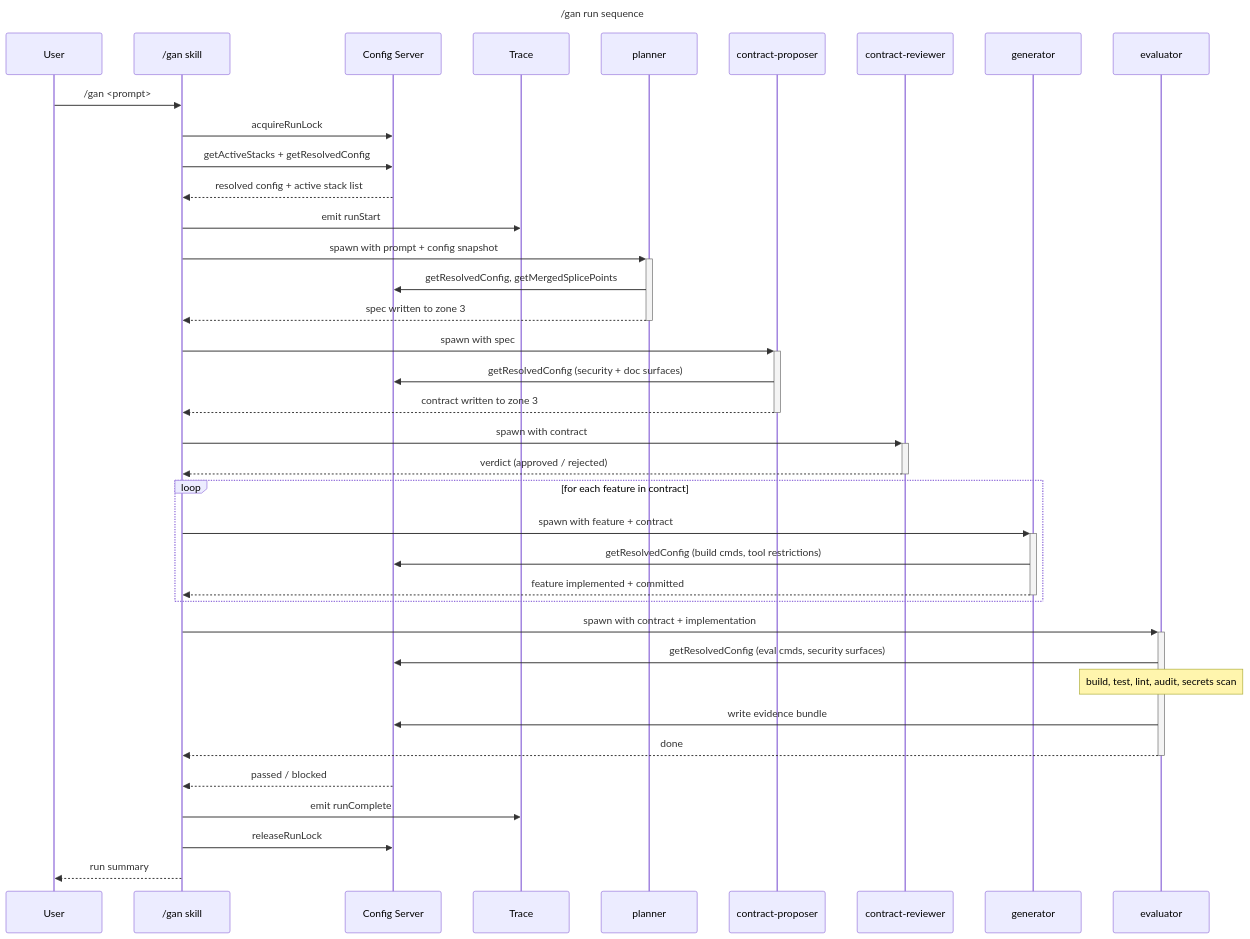
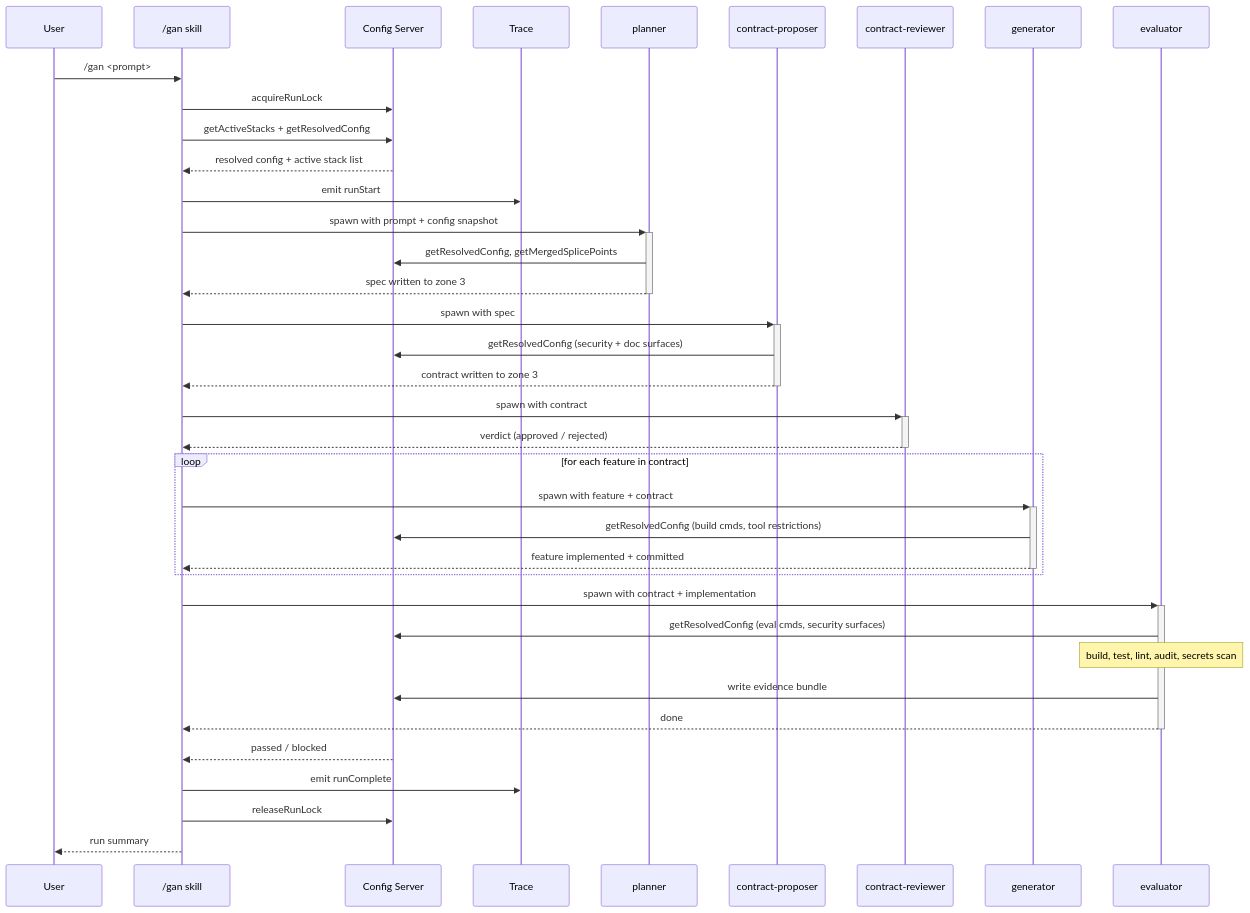
Before and after one commit to Thomas-AppForceOne/ClaudeAgents: the second of 5 diagrams in documentation/subsystem-architecture.md, drawn with Mermaid. The commit also changed other lines of this file, not shown here.

Commit message:
docs: remove all in-diagram titles

````diff
--- a/documentation/subsystem-architecture.md
+++ b/documentation/subsystem-architecture.md
@@ -70,49 +66,46 @@
 ```mermaid
----
-title: /gan run sequence
----
 sequenceDiagram
     participant U as User
     participant SK as /gan skill
     participant CS as Config Server
     participant TR as Trace
     participant PL as planner
     participant CP as contract-proposer
     participant CR as contract-reviewer
     participant GN as generator
     participant EV as evaluator
 
     U->>SK: /gan <prompt>
     SK->>CS: acquireRunLock
     SK->>CS: getActiveStacks + getResolvedConfig
     CS-->>SK: resolved config + active stack list
     SK->>TR: emit runStart
 
     SK->>+PL: spawn with prompt + config snapshot
     PL->>CS: getResolvedConfig, getMergedSplicePoints
     PL-->>-SK: spec written to zone 3
 
     SK->>+CP: spawn with spec
     CP->>CS: getResolvedConfig (security + doc surfaces)
     CP-->>-SK: contract written to zone 3
 
     SK->>+CR: spawn with contract
     CR-->>-SK: verdict (approved / rejected)
 
     loop for each feature in contract
         SK->>+GN: spawn with feature + contract
         GN->>CS: getResolvedConfig (build cmds, tool restrictions)
         GN-->>-SK: feature implemented + committed
     end
 
     SK->>+EV: spawn with contract + implementation
     EV->>CS: getResolvedConfig (eval cmds, security surfaces)
     Note over EV: build, test, lint, audit, secrets scan
     EV->>CS: write evidence bundle
     EV-->>-SK: done
     CS-->>SK: passed / blocked
 
     SK->>TR: emit runComplete
     SK->>CS: releaseRunLock
     SK-->>U: run summary
 ```
````
